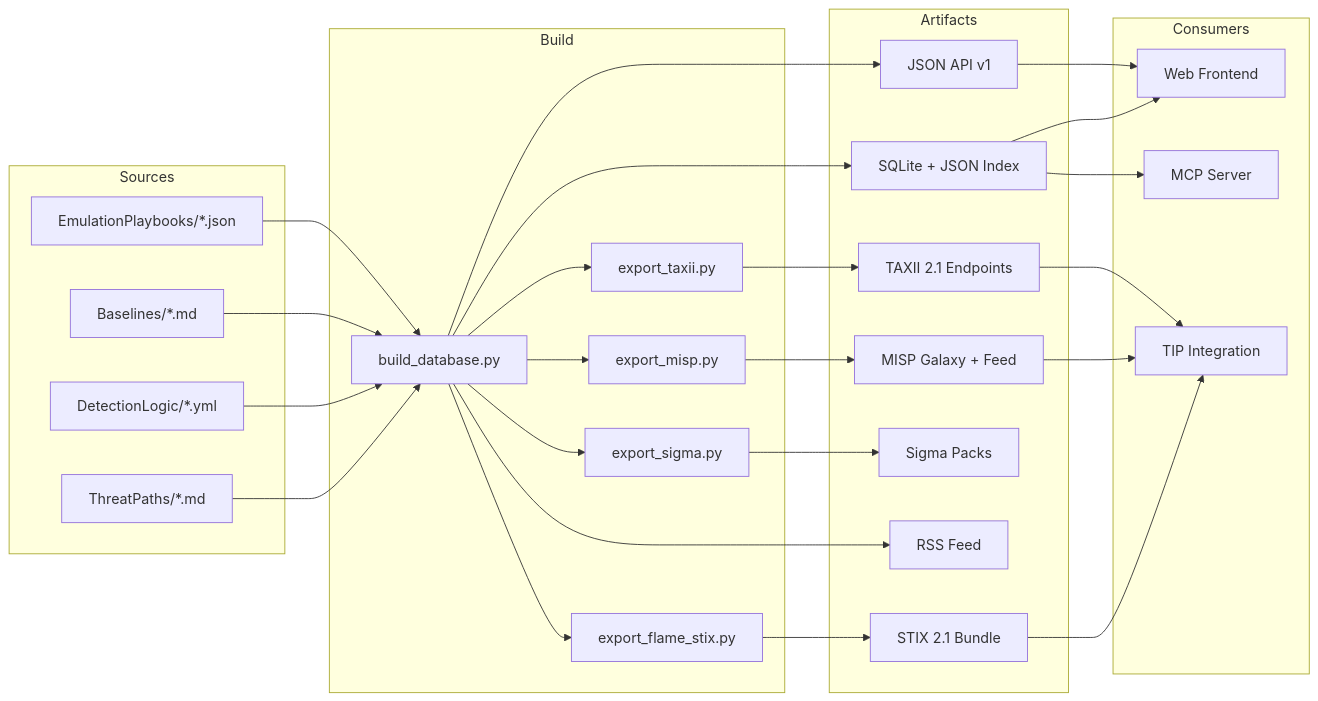
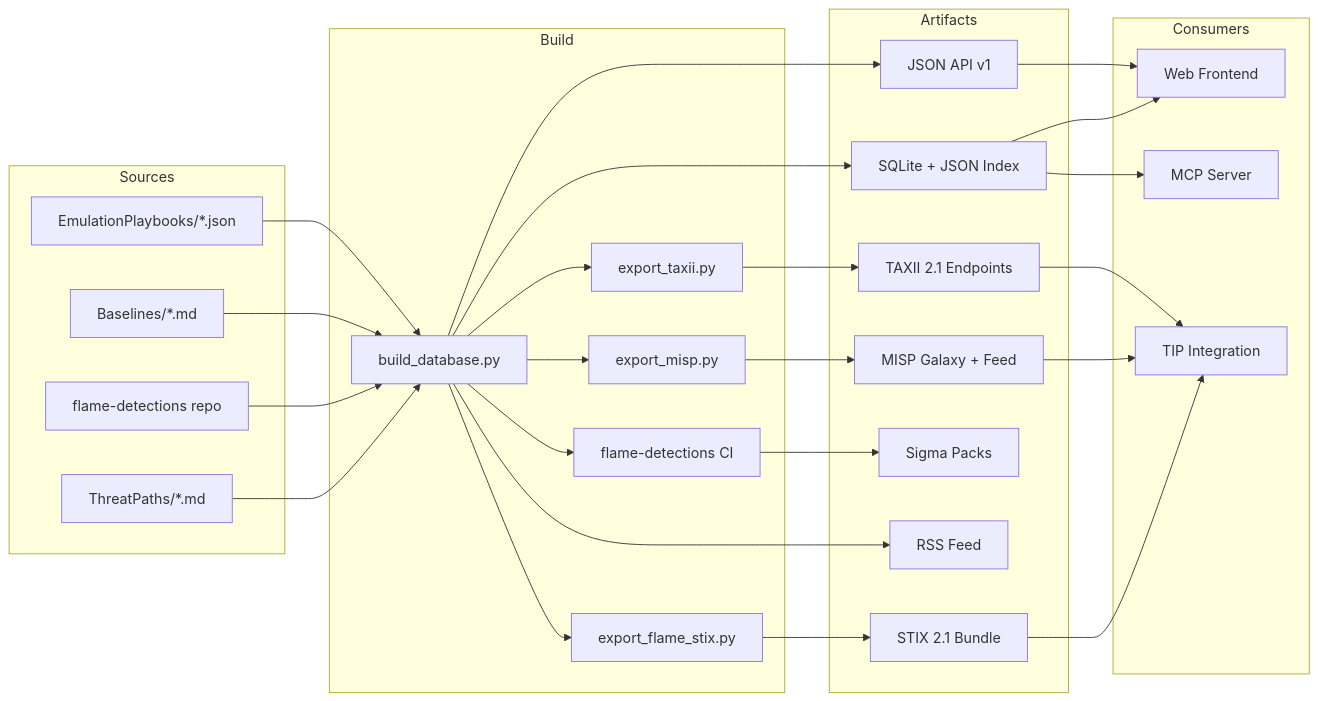
The first of 2 diagrams in README.md (elchacal801/flame-exchange), drawn with Mermaid before and after one commit. The commit also changed other lines of this file and 4 other files, not shown here.

````diff
--- a/README.md
+++ b/README.md
@@ -86,43 +86,43 @@
 ```mermaid
 graph LR
     subgraph Sources
         TP["ThreatPaths/*.md"]
-        DL["DetectionLogic/*.yml"]
+        DL["flame-detections repo"]
         BL["Baselines/*.md"]
         EP["EmulationPlaybooks/*.json"]
     end
 
     subgraph Build
         BD["build_database.py"]
         EX_STIX["export_flame_stix.py"]
         EX_MISP["export_misp.py"]
         EX_TAXII["export_taxii.py"]
-        EX_SIGMA["export_sigma.py"]
+        EX_SIGMA["flame-detections CI"]
     end
 
     subgraph Artifacts
         DB["SQLite + JSON Index"]
         STIX["STIX 2.1 Bundle"]
         MISP_OUT["MISP Galaxy + Feed"]
         TAXII_OUT["TAXII 2.1 Endpoints"]
         SIGMA_OUT["Sigma Packs"]
         RSS["RSS Feed"]
         API["JSON API v1"]
     end
 
     subgraph Consumers
         SPA["Web Frontend"]
         MCP["MCP Server"]
         TIP["TIP Integration"]
     end
 
     TP & DL & BL & EP --> BD
     BD --> DB & RSS & API
     BD --> EX_STIX --> STIX
     BD --> EX_MISP --> MISP_OUT
     BD --> EX_TAXII --> TAXII_OUT
     BD --> EX_SIGMA --> SIGMA_OUT
     DB & API --> SPA
     DB --> MCP
     STIX & MISP_OUT & TAXII_OUT --> TIP
 ```
````
